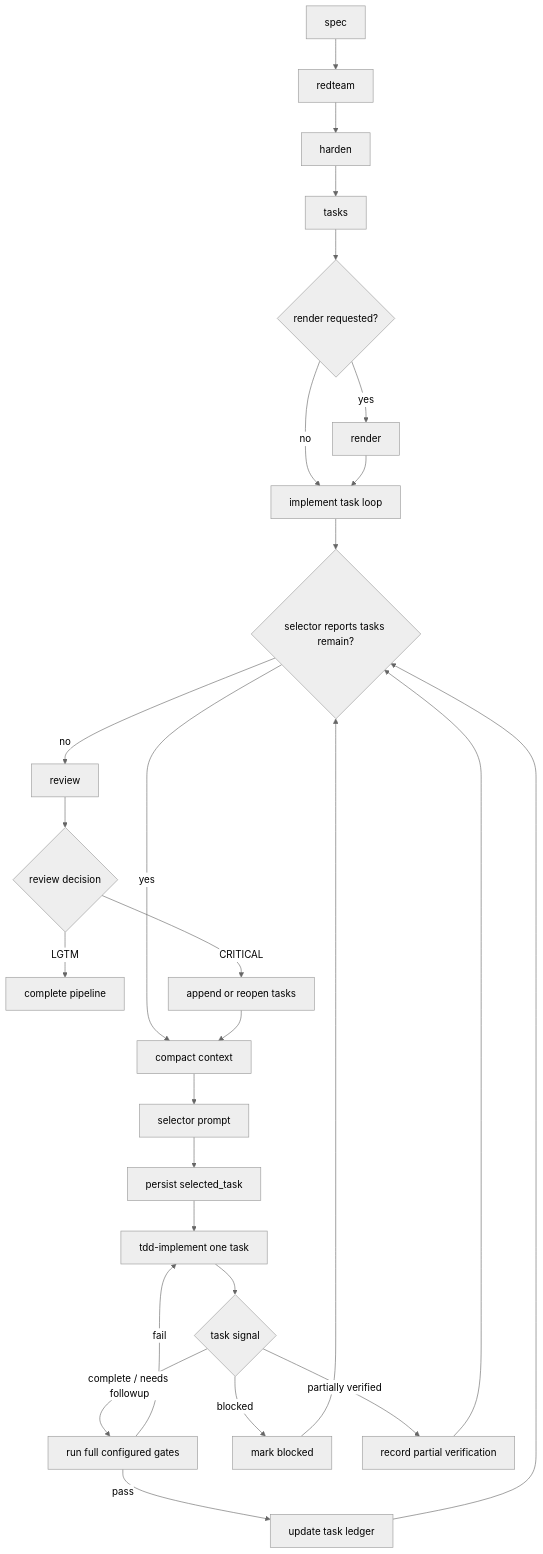
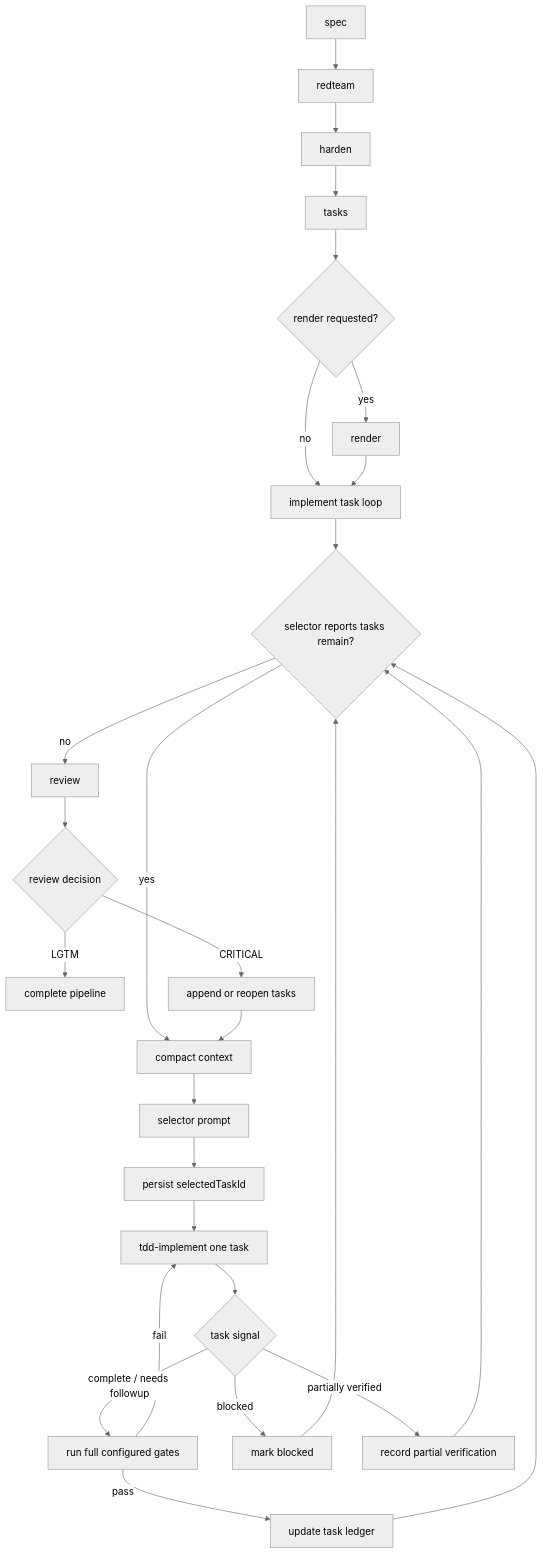
Before and after one commit to pydn/ralph-works: the first of 2 diagrams in docs/specs/iterative-ralph-task-loop.md, drawn with Mermaid (neutral theme). The commit also changed other lines of this file and 10 other files, not shown here.

````diff
--- a/docs/specs/iterative-ralph-task-loop.md
+++ b/docs/specs/iterative-ralph-task-loop.md
@@ -93,29 +93,29 @@
 ```mermaid
 flowchart TD
     A[spec] --> B[redteam]
     B --> C[harden]
     C --> D[tasks]
     D --> E{render requested?}
     E -- yes --> F[render]
     E -- no --> G[implement task loop]
     F --> G
     G --> H{selector reports tasks remain?}
     H -- yes --> I[compact context]
     I --> J[selector prompt]
-    J --> K[persist selected_task]
+    J --> K[persist selectedTaskId]
     K --> L[tdd-implement one task]
     L --> M{task signal}
     M -- complete / needs followup --> N[run full configured gates]
     N -- pass --> O[update task ledger]
     N -- fail --> L
     M -- blocked --> P[mark blocked]
     M -- partially verified --> Q[record partial verification]
     O --> H
     P --> H
     Q --> H
     H -- no --> R[review]
     R --> S{review decision}
     S -- LGTM --> T[complete pipeline]
     S -- CRITICAL --> U[append or reopen tasks]
     U --> I
 ```
````
